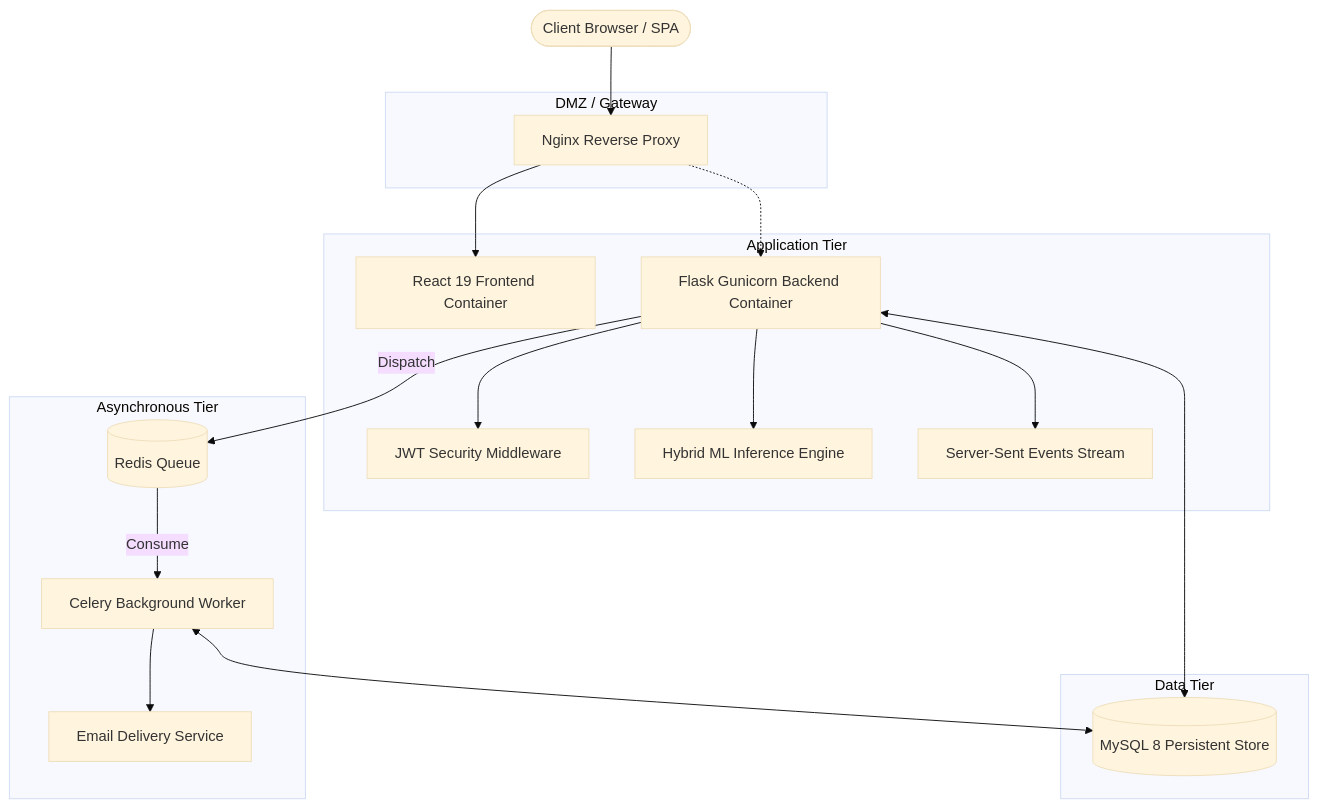
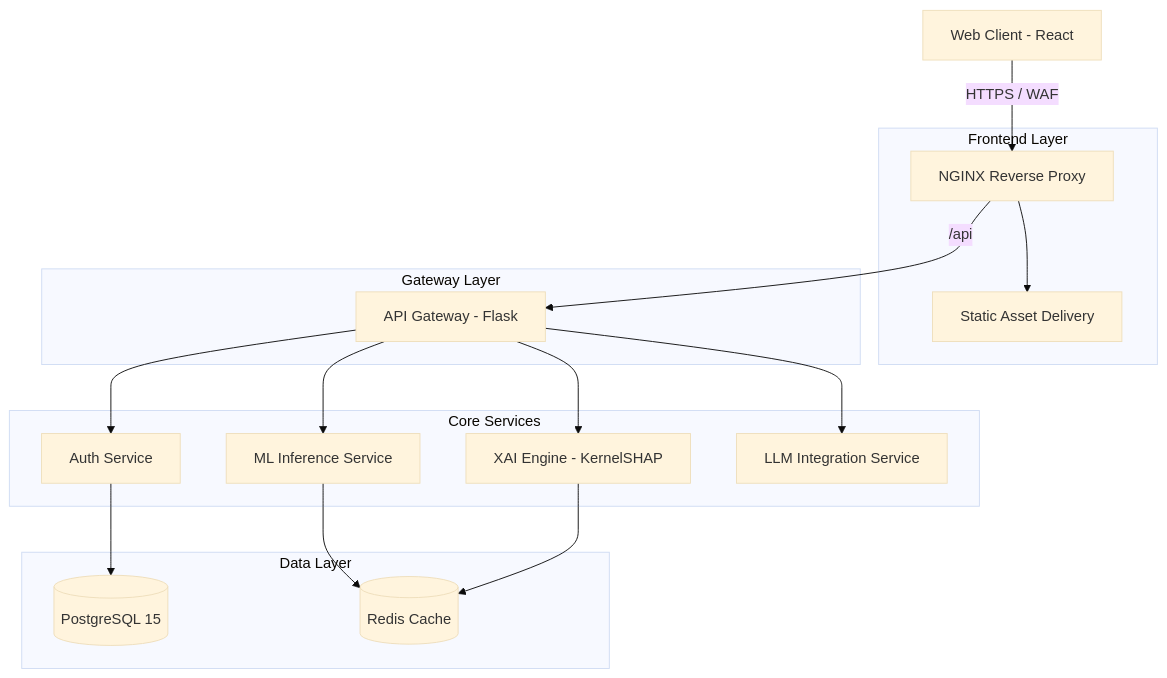
One commit to JagabattulaKarthikeya-1227/FraudShield-AI changed the first of 2 diagrams in docs/ARCHITECTURE.md. Above: the diagram before and after it, drawn with Mermaid (base theme). The commit also changed other lines of this file and 107 other files, not shown here.

````diff
--- a/docs/ARCHITECTURE.md
+++ b/docs/ARCHITECTURE.md
@@ -7,28 +7,25 @@
 ```mermaid
 graph TD
-    Client([Client Browser / SPA]) --> Nginx[Nginx Reverse Proxy]
+    Client[Web Client - React] -->|HTTPS / WAF| Proxy[NGINX Reverse Proxy]
     
-    subgraph "DMZ / Gateway"
-        Nginx
+    subgraph Frontend Layer
+        Proxy --> Assets[Static Asset Delivery]
     end
     
-    subgraph "Application Tier"
-        Nginx --> Frontend[React 19 Frontend Container]
-        Nginx -.-> Backend[Flask Gunicorn Backend Container]
-        
-        Backend --> Auth[JWT Security Middleware]
-        Backend --> Predict[Hybrid ML Inference Engine]
-        Backend --> SSE[Server-Sent Events Stream]
+    subgraph Gateway Layer
+        Proxy -->|/api| Gateway[API Gateway - Flask]
     end
     
-    subgraph "Asynchronous Tier"
-        Backend -- Dispatch --> Redis[(Redis Queue)]
-        Redis -- Consume --> Celery[Celery Background Worker]
-        Celery --> SMTP[Email Delivery Service]
+    subgraph Core Services
+        Gateway --> Auth[Auth Service]
+        Gateway --> Inference[ML Inference Service]
+        Gateway --> Explain[XAI Engine - KernelSHAP]
+        Gateway --> Copilot[LLM Integration Service]
     end
     
-    subgraph "Data Tier"
-        Backend <--> DB[(MySQL 8 Persistent Store)]
-        Celery <--> DB
+    subgraph Data Layer
+        Auth --> Postgres[(PostgreSQL 15)]
+        Inference --> Redis[(Redis Cache)]
+        Explain --> Redis
     end
 ```
````
